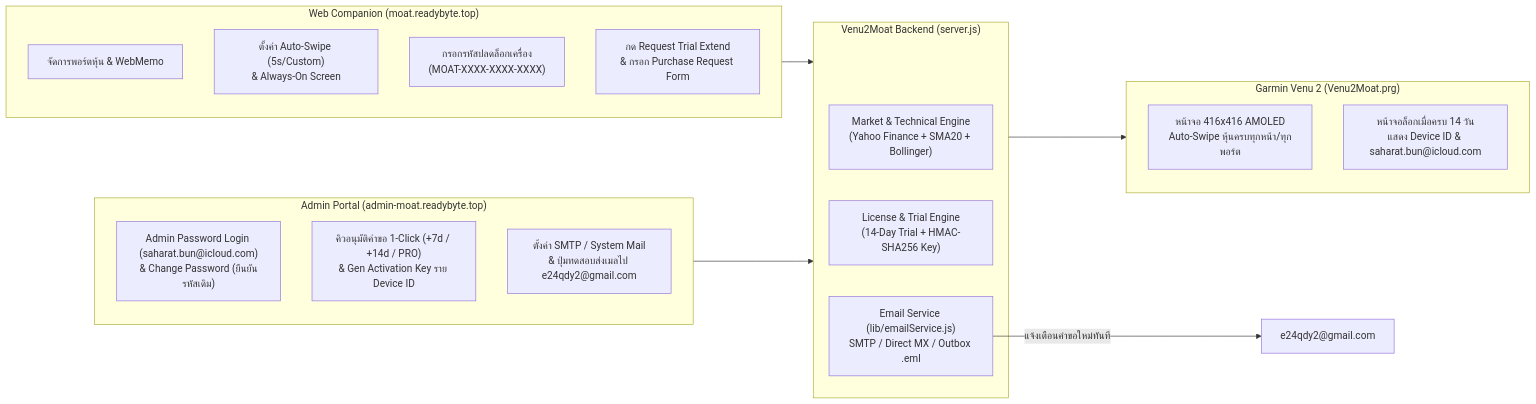
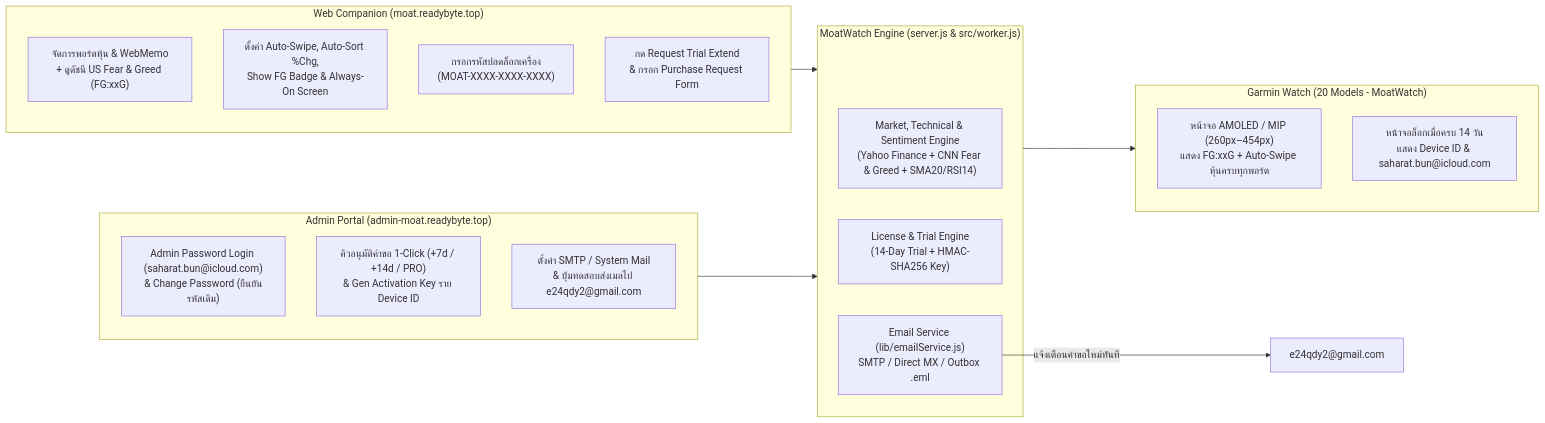
Before and after one commit to e24qdy2/garmin-venu2-moat: the diagram in README.md, drawn with Mermaid. The commit also changed other lines of this file and 46 other files, not shown here.

Commit message:
docs & feat: update MoatWatch GitHub reports, Garmin multi-device UI wording, Daily US Fear & Greed Index (FG:xx), and Connect IQ Store assets

````diff
--- a/README.md
+++ b/README.md
@@ -83,31 +102,31 @@
 ```mermaid
 flowchart LR
     subgraph UserWeb["Web Companion (moat.readybyte.top)"]
-        W1["จัดการพอร์ตหุ้น & WebMemo"]
-        W2["ตั้งค่า Auto-Swipe (5s/Custom)<br/>& Always-On Screen"]
+        W1["จัดการพอร์ตหุ้น & WebMemo<br/>+ ดูดัชนี US Fear & Greed (FG:xxG)"]
+        W2["ตั้งค่า Auto-Swipe, Auto-Sort %Chg,<br/>Show FG Badge & Always-On Screen"]
         W3["กรอกรหัสปลดล็อกเครื่อง<br/>(MOAT-XXXX-XXXX-XXXX)"]
         W4["กด Request Trial Extend<br/>& กรอก Purchase Request Form"]
     end
 
     subgraph AdminWeb["Admin Portal (admin-moat.readybyte.top)"]
         A1["Admin Password Login (saharat.bun@icloud.com)<br/>& Change Password (ยืนยันรหัสเดิม)"]
         A2["คิวอนุมัติคำขอ 1-Click (+7d / +14d / PRO)<br/>& Gen Activation Key ราย Device ID"]
         A3["ตั้งค่า SMTP / System Mail<br/>& ปุ่มทดสอบส่งเมลไป e24qdy2@gmail.com"]
     end
 
-    subgraph CoreAPI["Venu2Moat Backend (server.js)"]
-        S1["Market & Technical Engine<br/>(Yahoo Finance + SMA20 + Bollinger)"]
+    subgraph CoreAPI["MoatWatch Engine (server.js & src/worker.js)"]
+        S1["Market, Technical & Sentiment Engine<br/>(Yahoo Finance + CNN Fear & Greed + SMA20/RSI14)"]
         S2["License & Trial Engine<br/>(14-Day Trial + HMAC-SHA256 Key)"]
         S3["Email Service (lib/emailService.js)<br/>SMTP / Direct MX / Outbox .eml"]
     end
 
-    subgraph Watch["Garmin Venu 2 (Venu2Moat.prg)"]
-        G1["หน้าจอ 416x416 AMOLED<br/>Auto-Swipe หุ้นครบทุกหน้า/ทุกพอร์ต"]
+    subgraph Watch["Garmin Watch (20 Models - MoatWatch)"]
+        G1["หน้าจอ AMOLED / MIP (260px–454px)<br/>แสดง FG:xxG + Auto-Swipe หุ้นครบทุกพอร์ต"]
         G2["หน้าจอล็อกเมื่อครบ 14 วัน<br/>แสดง Device ID & saharat.bun@icloud.com"]
     end
 
     UserWeb --> CoreAPI
     AdminWeb --> CoreAPI
     CoreAPI --> Watch
     S3 -->|"แจ้งเตือนคำขอใหม่ทันที"| Inbox["e24qdy2@gmail.com"]
 ```
````
